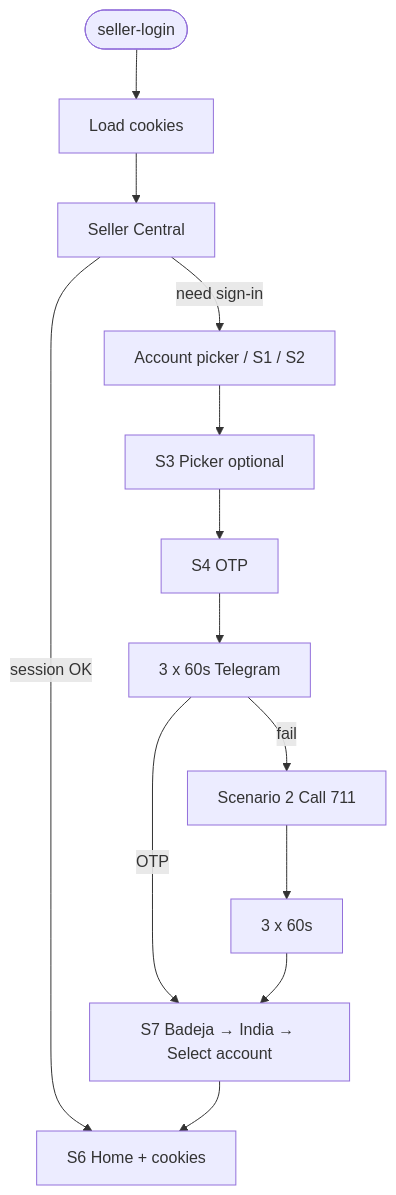
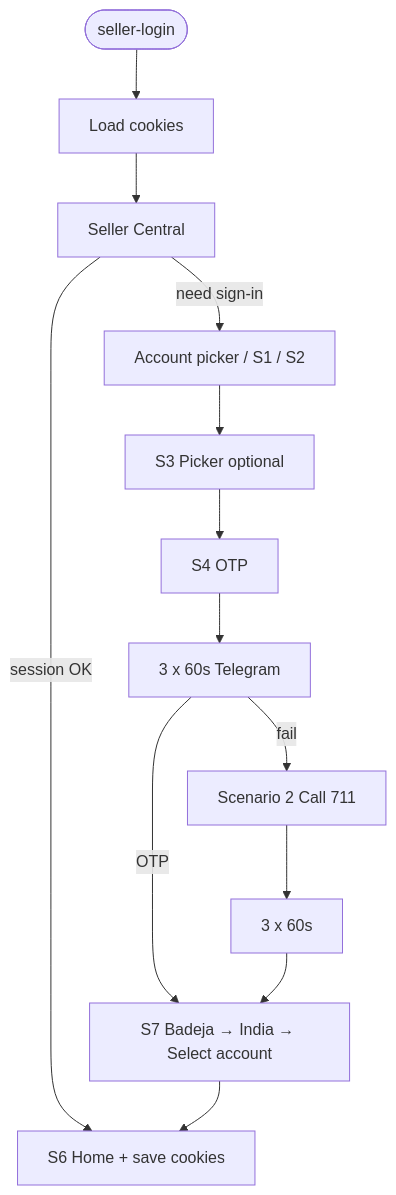
The second of 2 diagrams in specs/seller-central-flow/login-flow.md (Aksaini47/Amazon-Systems-design-App), drawn with Mermaid before and after one commit. The commit also changed other lines of this file and 72 other files, not shown here.

````diff
--- a/specs/seller-central-flow/login-flow.md
+++ b/specs/seller-central-flow/login-flow.md
@@ -7,15 +137,15 @@
 ```mermaid
 flowchart TD
   START([seller-login]) --> LOAD[Load cookies]
   LOAD --> NAV[Seller Central]
   NAV -->|session OK| HOME[S6 Home]
   NAV -->|need sign-in| FLOW[Account picker / S1 / S2]
   FLOW --> S3[S3 Picker optional]
   S3 --> S4[S4 OTP]
   S4 --> TG[3 x 60s Telegram]
   TG -->|OTP| S7[S7 Badeja → India → Select account]
-  S7 --> HOME[S6 Home + cookies]
+  S7 --> HOME[S6 Home + save cookies]
   TG -->|fail| S2[Scenario 2 Call 711]
   S2 --> TG2[3 x 60s]
   TG2 --> S7
 ```
````
